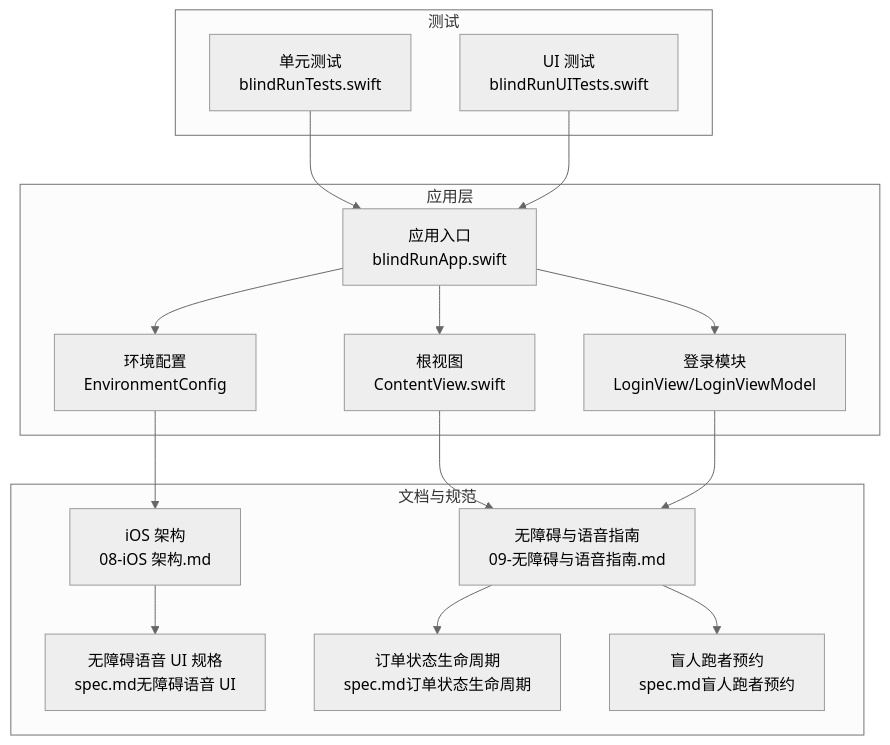
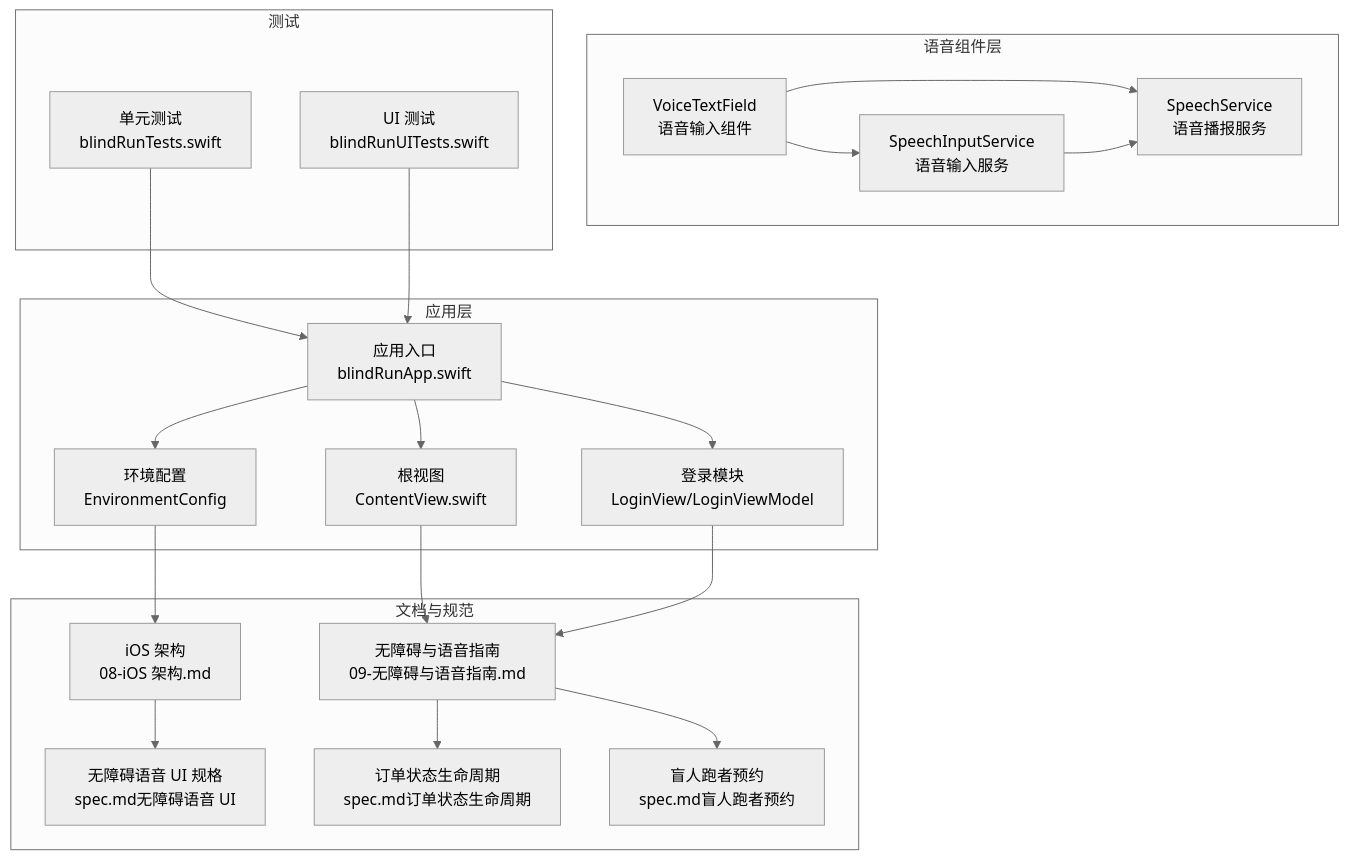
One commit to Jayden23018/blind-run-ios changed the first of 3 diagrams in .qoder/repowiki/zh/content/核心功能模块/无障碍语音系统.md. Above: the diagram before and after it, drawn with Mermaid (neutral theme). The commit also changed other lines of this file and 5 other files, not shown here.

````diff
--- a/.qoder/repowiki/zh/content/核心功能模块/无障碍语音系统.md
+++ b/.qoder/repowiki/zh/content/核心功能模块/无障碍语音系统.md
@@ -56,31 +65,39 @@
 ```mermaid
 graph TB
 subgraph "应用层"
 App["应用入口<br/>blindRunApp.swift"]
 Content["根视图<br/>ContentView.swift"]
 Login["登录模块<br/>LoginView/LoginViewModel"]
 Env["环境配置<br/>EnvironmentConfig"]
+end
+subgraph "语音组件层"
+VTF["VoiceTextField<br/>语音输入组件"]
+SIS["SpeechInputService<br/>语音输入服务"]
+SS["SpeechService<br/>语音播报服务"]
 end
 subgraph "文档与规范"
 Doc1["iOS 架构<br/>08-iOS 架构.md"]
 Doc2["无障碍与语音指南<br/>09-无障碍与语音指南.md"]
 Spec1["无障碍语音 UI 规格<br/>spec.md无障碍语音 UI"]
 Spec2["订单状态生命周期<br/>spec.md订单状态生命周期"]
 Spec3["盲人跑者预约<br/>spec.md盲人跑者预约"]
 end
 subgraph "测试"
 UT["单元测试<br/>blindRunTests.swift"]
 UIT["UI 测试<br/>blindRunUITests.swift"]
 end
 App --> Content
 App --> Login
 App --> Env
 Content --> Doc2
 Login --> Doc2
 Env --> Doc1
+VTF --> SIS
+VTF --> SS
+SIS --> SS
 Doc1 --> Spec1
 Doc2 --> Spec2
 Doc2 --> Spec3
 UT --> App
 UIT --> App
 ```
````
